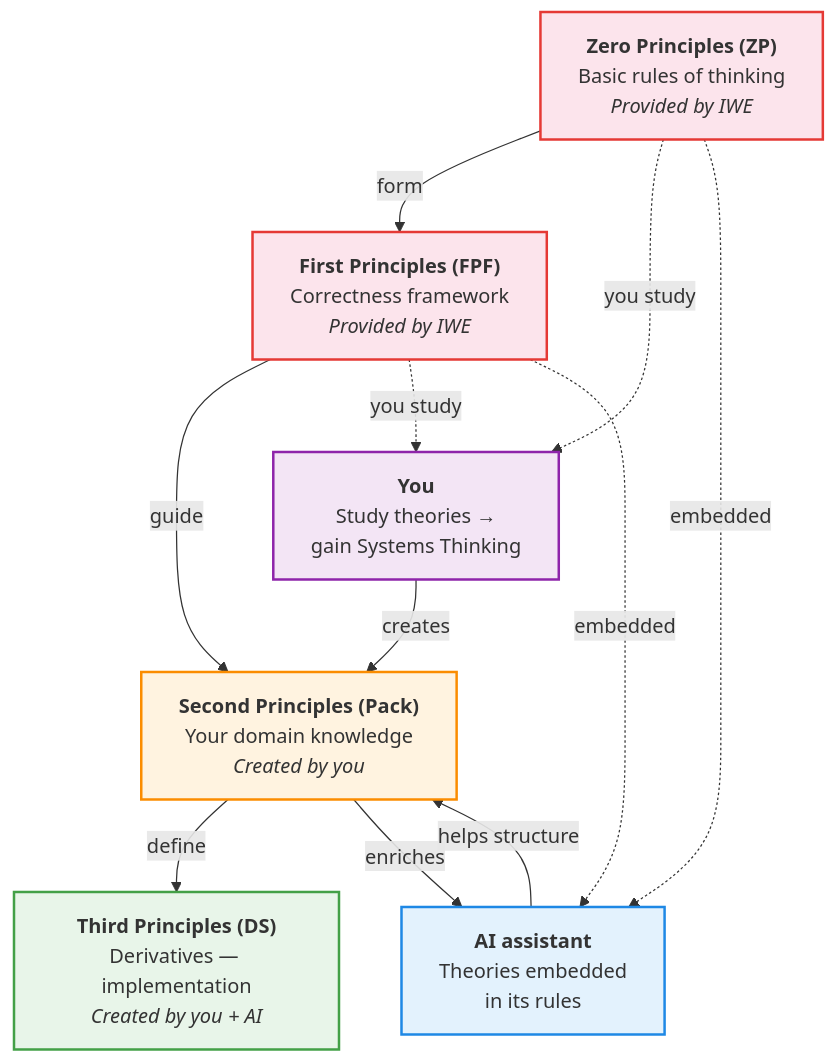
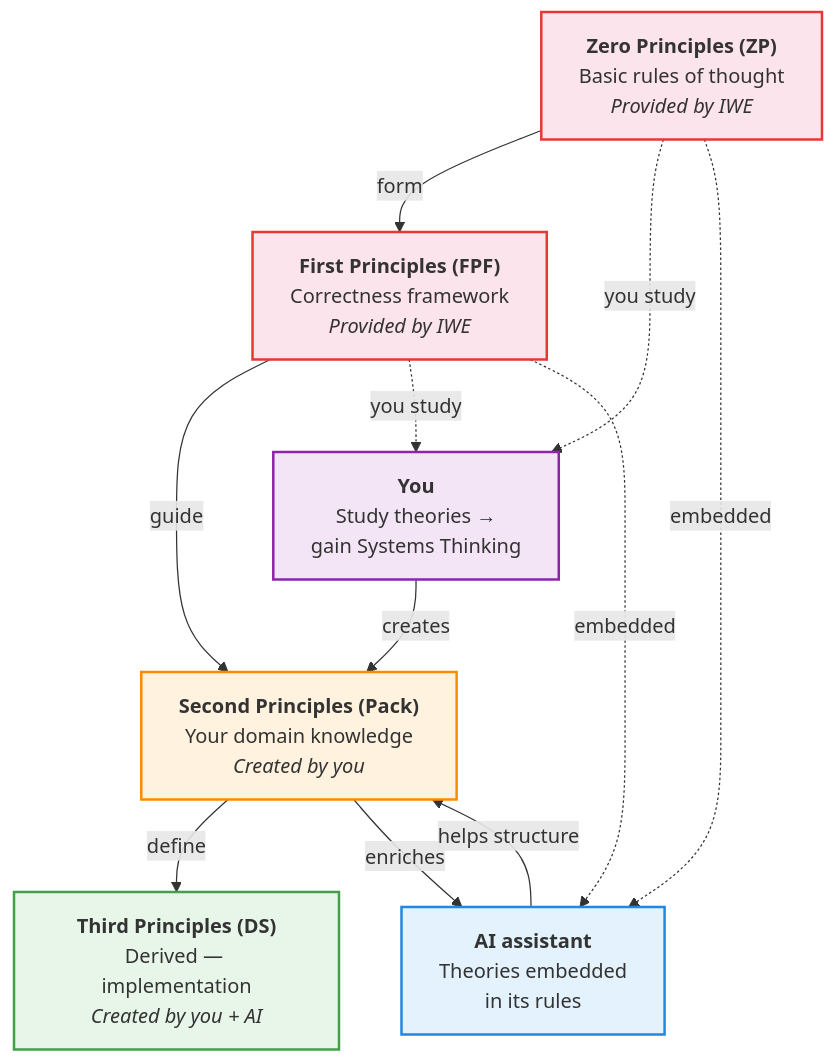
One commit to iwesys/IWE changed the third of 3 diagrams in docs/onboarding/onboarding-guide.md. Above: the diagram before and after it, drawn with Mermaid. The commit also changed other lines of this file and 22 other files, not shown here.

````diff
--- a/docs/onboarding/onboarding-guide.md
+++ b/docs/onboarding/onboarding-guide.md
@@ -296,29 +296,29 @@
 ```mermaid
 graph TD
-    ZP["<b>Zero Principles (ZP)</b><br/>Basic rules of thinking<br/><i>Provided by IWE</i>"]
+    ZP["<b>Zero Principles (ZP)</b><br/>Basic rules of thought<br/><i>Provided by IWE</i>"]
     FPF["<b>First Principles (FPF)</b><br/>Correctness framework<br/><i>Provided by IWE</i>"]
     PACK["<b>Second Principles (Pack)</b><br/>Your domain knowledge<br/><i>Created by you</i>"]
-    DS["<b>Third Principles (DS)</b><br/>Derivatives — implementation<br/><i>Created by you + AI</i>"]
+    DS["<b>Third Principles (DS)</b><br/>Derived — implementation<br/><i>Created by you + AI</i>"]
 
     ZP -->|"form"| FPF
     FPF -->|"guide"| PACK
     PACK -->|"define"| DS
 
     USER["<b>You</b><br/>Study theories →<br/>gain Systems Thinking"]
     AI["<b>AI assistant</b><br/>Theories embedded<br/>in its rules"]
 
     ZP -.->|"you study"| USER
     FPF -.->|"you study"| USER
     ZP -.->|"embedded"| AI
     FPF -.->|"embedded"| AI
     USER -->|"creates"| PACK
     PACK -->|"enriches"| AI
     AI -->|"helps structure"| PACK
 
     style ZP fill:#fce4ec,stroke:#e53935,stroke-width:2px
     style FPF fill:#fce4ec,stroke:#e53935,stroke-width:2px
     style PACK fill:#fff3e0,stroke:#fb8c00,stroke-width:2px
     style DS fill:#e8f5e9,stroke:#43a047,stroke-width:2px
     style USER fill:#f3e5f5,stroke:#8e24aa,stroke-width:2px
     style AI fill:#e3f2fd,stroke:#1e88e5,stroke-width:2px
 ```
````
